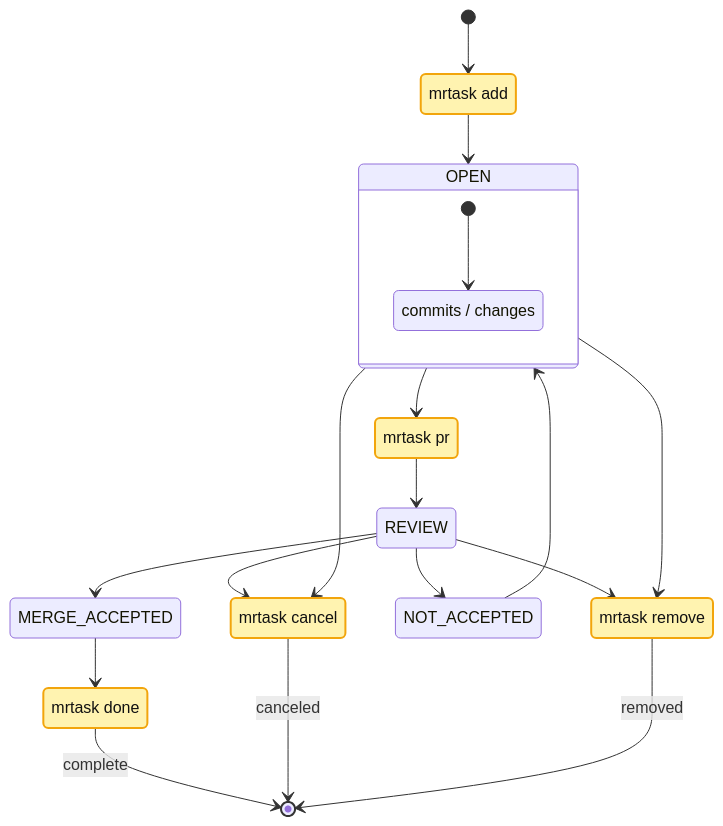
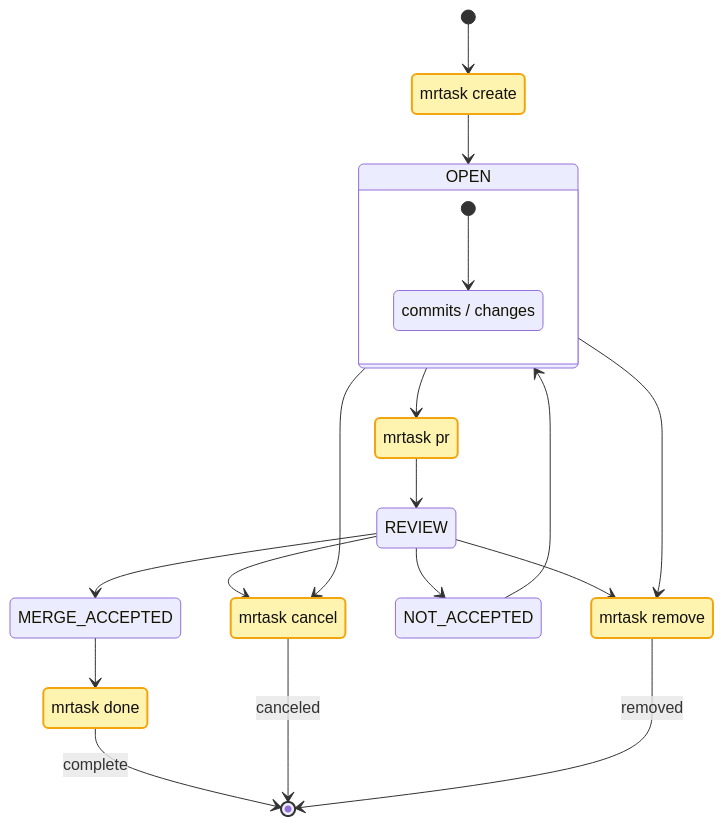
The first of 5 diagrams in README.md (kubohiroya/mrtask), drawn with Mermaid before and after one commit. The commit also changed other lines of this file and 13 other files, not shown here.

````diff
--- a/README.md
+++ b/README.md
@@ -29,42 +29,42 @@
 ```mermaid
 stateDiagram-v2
     classDef cmd fill:#FFF3B0,stroke:#F2A50C,stroke-width:2px,color:#111
 
-    [*] --> CMD_ADD
-    CMD_ADD: mrtask add
-    class CMD_ADD cmd
+    [*] --> CMD_CREATE
+    CMD_CREATE: mrtask create
+    class CMD_CREATE cmd
 
-    CMD_ADD --> OPEN
+    CMD_CREATE --> OPEN
     state OPEN {
         [*] --> CODE_CHANGES
         CODE_CHANGES: commits / changes
     }
 
     OPEN --> CMD_PR
     CMD_PR: mrtask pr
     class CMD_PR cmd
 
     OPEN --> CMD_CANCEL
     OPEN --> CMD_REMOVE
 
     NOT_ACCEPTED --> OPEN
     REVIEW --> CMD_CANCEL
     REVIEW --> CMD_REMOVE
 
     CMD_PR --> REVIEW
     REVIEW --> MERGE_ACCEPTED
     REVIEW --> NOT_ACCEPTED
 
     MERGE_ACCEPTED --> CMD_DONE
     CMD_DONE: mrtask done
     class CMD_DONE cmd
 
     CMD_CANCEL: mrtask cancel
     class CMD_CANCEL cmd
     CMD_REMOVE: mrtask remove
     class CMD_REMOVE cmd
 
     CMD_DONE --> [*]: complete
     CMD_CANCEL --> [*]: canceled
     CMD_REMOVE --> [*]: removed
 ```
````
